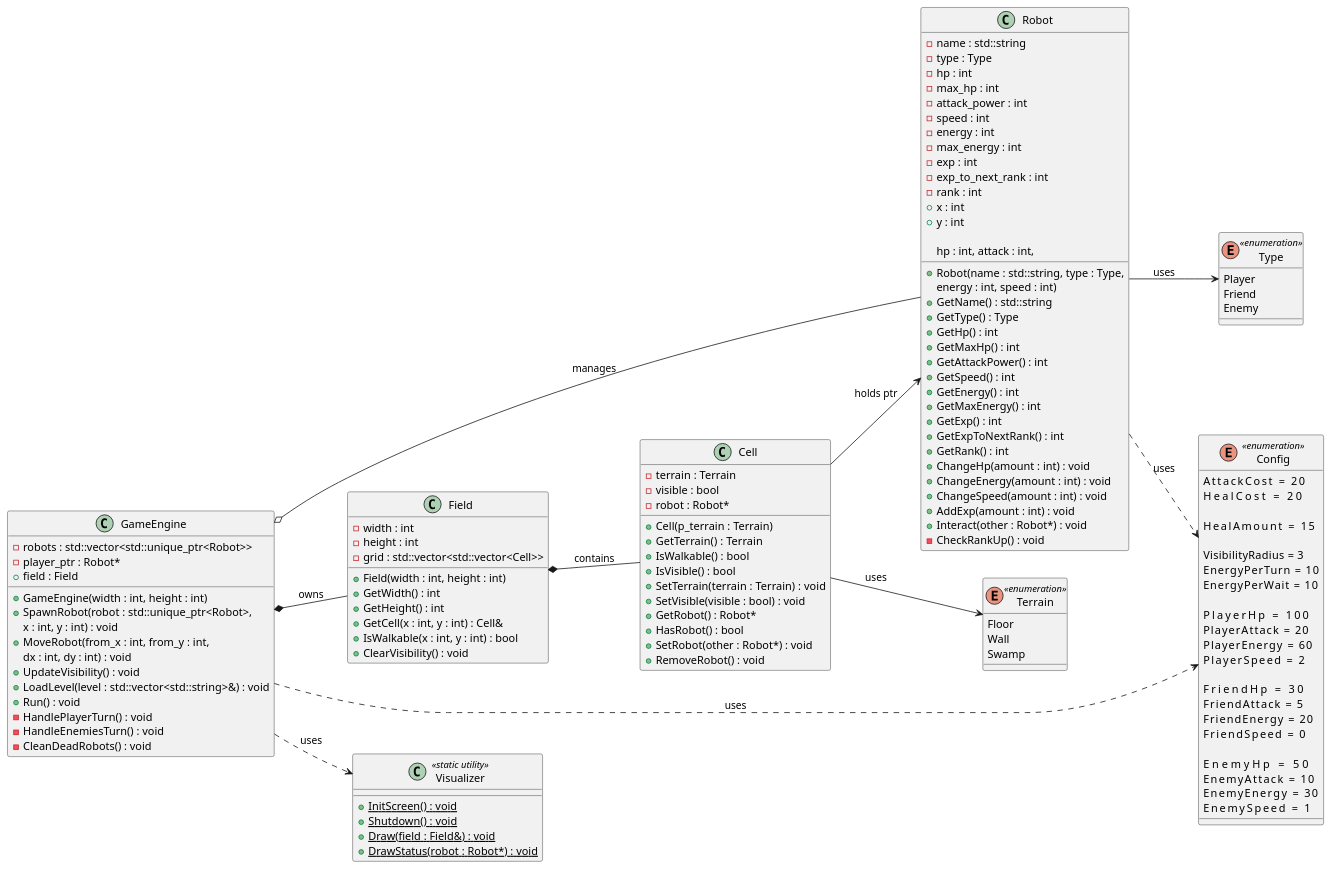
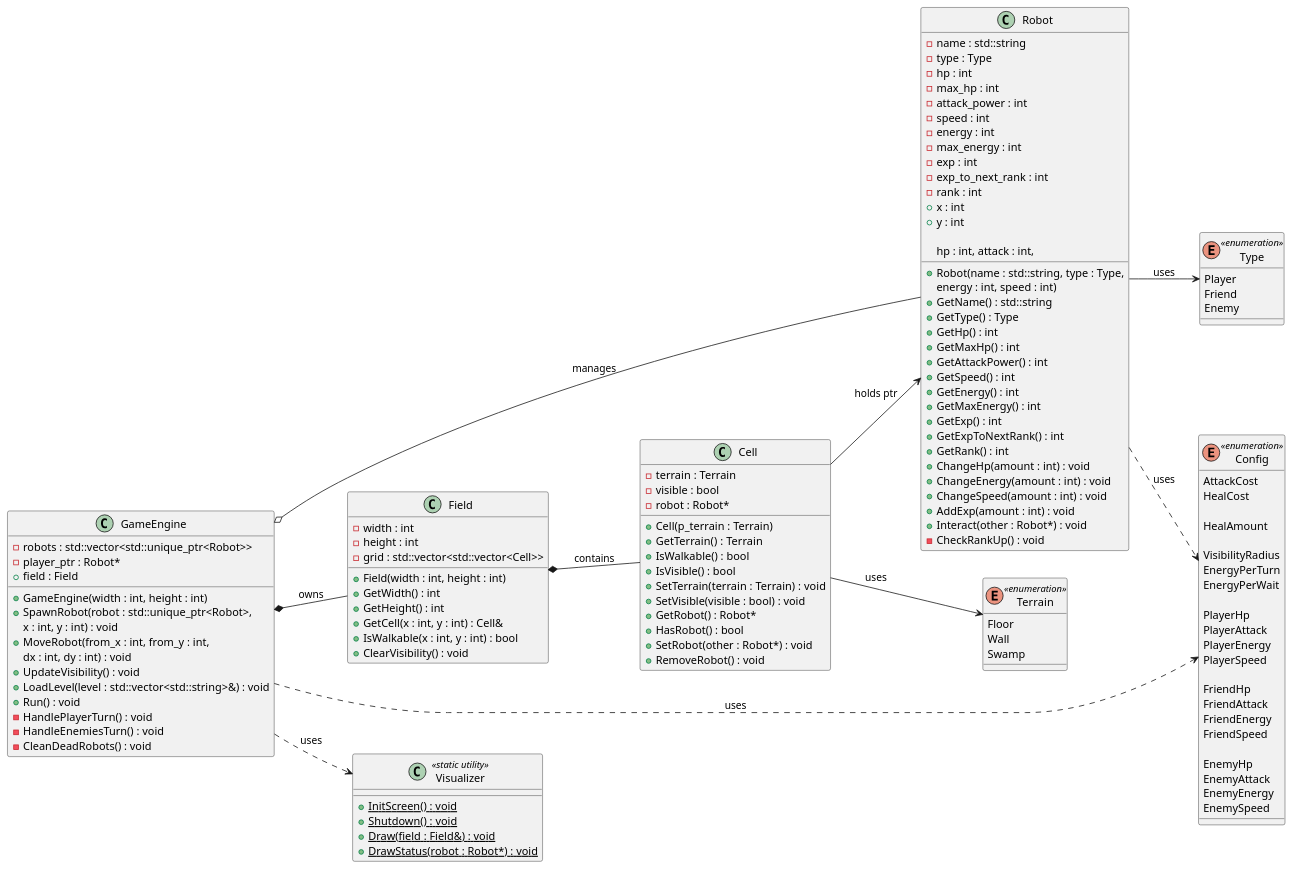
One commit to R3G3NT/RoboGame changed the diagram in Graph.puml. Above: the diagram before and after it, drawn with PlantUML. The commit also changed 4 other files, not shown here.

```diff
--- a/Graph.puml
+++ b/Graph.puml
@@ -1,145 +1,145 @@
 @startuml classes
 left to right direction
 
 class Robot {
     - name : std::string
     - type : Type
     - hp : int
     - max_hp : int
     - attack_power : int
     - speed : int
     - energy : int
     - max_energy : int
     - exp : int
     - exp_to_next_rank : int
     - rank : int
     + x : int
     + y : int
     
     + Robot(name : std::string, type : Type,
             hp : int, attack : int,
             energy : int, speed : int)
     + GetName() : std::string
     + GetType() : Type
     + GetHp() : int
     + GetMaxHp() : int
     + GetAttackPower() : int
     + GetSpeed() : int
     + GetEnergy() : int
     + GetMaxEnergy() : int
     + GetExp() : int
     + GetExpToNextRank() : int
     + GetRank() : int
     + ChangeHp(amount : int) : void
     + ChangeEnergy(amount : int) : void
     + ChangeSpeed(amount : int) : void
     + AddExp(amount : int) : void
     + Interact(other : Robot*) : void
     - CheckRankUp() : void
 }
 
 enum Type <<enumeration>> {
     Player
     Friend
     Enemy
 }
 
 enum Config <<enumeration>> {
-    AttackCost         = 20
-    HealCost           = 20
+    AttackCost
+    HealCost
 
-    HealAmount         = 15
+    HealAmount
 
-    VisibilityRadius   = 3
-    EnergyPerTurn      = 10
-    EnergyPerWait      = 10
+    VisibilityRadius 
+    EnergyPerTurn
+    EnergyPerWait
 
-    PlayerHp           = 100
-    PlayerAttack       = 20
-    PlayerEnergy       = 60
-    PlayerSpeed        = 2
+    PlayerHp
+    PlayerAttack
+    PlayerEnergy
+    PlayerSpeed
 
-    FriendHp           = 30
-    FriendAttack       = 5
-    FriendEnergy       = 20
-    FriendSpeed        = 0
+    FriendHp
+    FriendAttack
+    FriendEnergy
+    FriendSpeed
 
-    EnemyHp            = 50
-    EnemyAttack        = 10
-    EnemyEnergy        = 30
-    EnemySpeed         = 1
+    EnemyHp
+    EnemyAttack
+    EnemyEnergy
+    EnemySpeed
 }
 
 class Cell {
     - terrain : Terrain
     - visible : bool
     - robot : Robot*
     
     + Cell(p_terrain : Terrain)
     + GetTerrain() : Terrain
     + IsWalkable() : bool
     + IsVisible() : bool
     + SetTerrain(terrain : Terrain) : void
     + SetVisible(visible : bool) : void
     + GetRobot() : Robot*
     + HasRobot() : bool
     + SetRobot(other : Robot*) : void
     + RemoveRobot() : void
 }
 
 enum Terrain <<enumeration>> {
     Floor
     Wall
     Swamp
 }
 
 class Field {
     - width : int
     - height : int
     - grid : std::vector<std::vector<Cell>>
     
     + Field(width : int, height : int)
     + GetWidth() : int
     + GetHeight() : int
     + GetCell(x : int, y : int) : Cell&
     + IsWalkable(x : int, y : int) : bool
     + ClearVisibility() : void
 }
 
 class GameEngine {
     - robots : std::vector<std::unique_ptr<Robot>>
     - player_ptr : Robot*
     + field : Field
     
     + GameEngine(width : int, height : int)
     + SpawnRobot(robot : std::unique_ptr<Robot>,
                  x : int, y : int) : void
     + MoveRobot(from_x : int, from_y : int,
                 dx : int, dy : int) : void
     + UpdateVisibility() : void
     + LoadLevel(level : std::vector<std::string>&) : void
     + Run() : void
     - HandlePlayerTurn() : void
     - HandleEnemiesTurn() : void
     - CleanDeadRobots() : void
 }
 
 class Visualizer <<static utility>> {
     + {static} InitScreen() : void
     + {static} Shutdown() : void
     + {static} Draw(field : Field&) : void
     + {static} DrawStatus(robot : Robot*) : void
 }
 
 ' Связи
 Robot      --> Type       : uses 
 Robot      ..> Config     : uses
 Cell       --> Robot      : holds ptr 
 Cell       --> Terrain    : uses  
 Field      *-- Cell       : contains 
 GameEngine *--  Field     : owns 
 GameEngine o-- Robot      : manages  
 GameEngine ..> Visualizer : uses 
 GameEngine ..> Config     : uses
 
 @enduml
```
